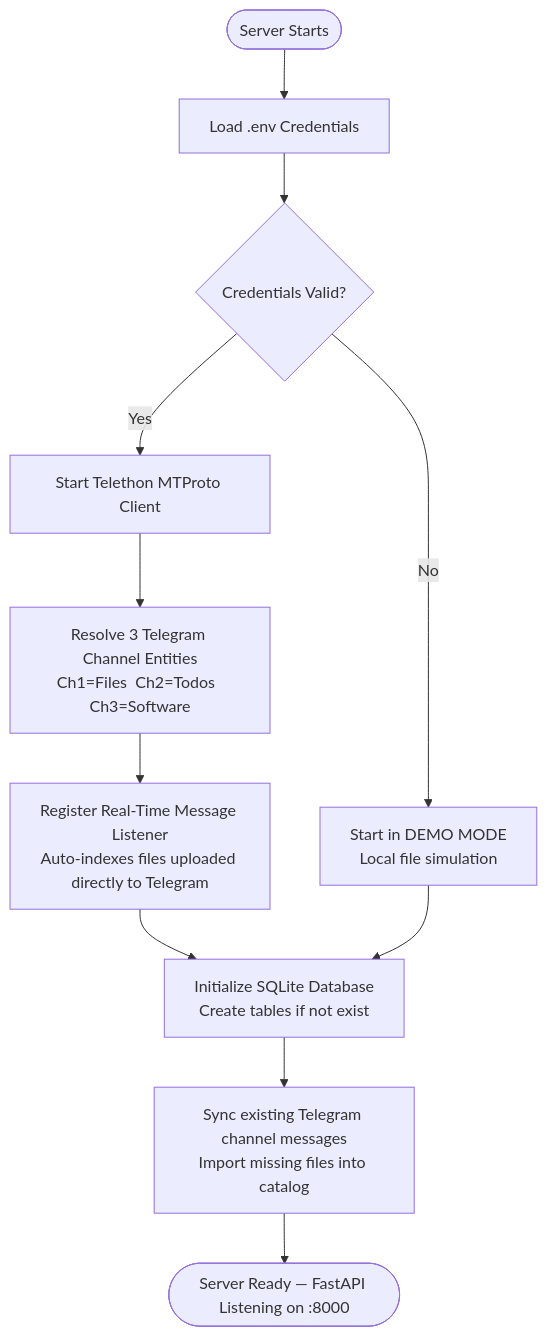
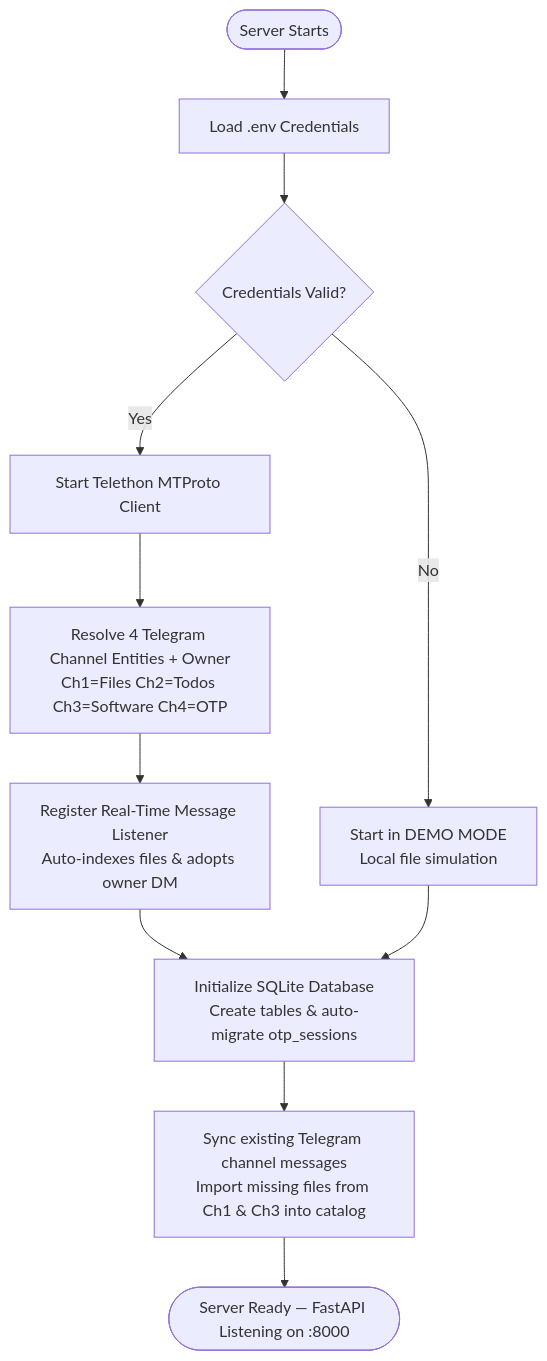
One commit to 120198subham/telegram-cloud-drive changed the second of 7 diagrams in architecture-scanner/1_flow_diagram.md. Above: the diagram before and after it, drawn with Mermaid. The commit also changed other lines of this file and 14 other files, not shown here.

````diff
--- a/architecture-scanner/1_flow_diagram.md
+++ b/architecture-scanner/1_flow_diagram.md
@@ -152,13 +172,13 @@
 ```mermaid
 flowchart TD
     A([Server Starts]) --> B[Load .env Credentials]
     B --> C{Credentials Valid?}
     C -->|Yes| D[Start Telethon MTProto Client]
     C -->|No| E[Start in DEMO MODE\nLocal file simulation]
-    D --> F[Resolve 3 Telegram Channel Entities\nCh1=Files  Ch2=Todos  Ch3=Software]
-    F --> G[Register Real-Time Message Listener\nAuto-indexes files uploaded directly to Telegram]
-    G --> H[Initialize SQLite Database\nCreate tables if not exist]
-    H --> I[Sync existing Telegram channel messages\nImport missing files into catalog]
+    D --> F[Resolve 4 Telegram Channel Entities + Owner\nCh1=Files Ch2=Todos Ch3=Software Ch4=OTP]
+    F --> G[Register Real-Time Message Listener\nAuto-indexes files & adopts owner DM]
+    G --> H[Initialize SQLite Database\nCreate tables & auto-migrate otp_sessions]
+    H --> I[Sync existing Telegram channel messages\nImport missing files from Ch1 & Ch3 into catalog]
     I --> J([Server Ready — FastAPI Listening on :8000])
     E --> H
 ```
````
